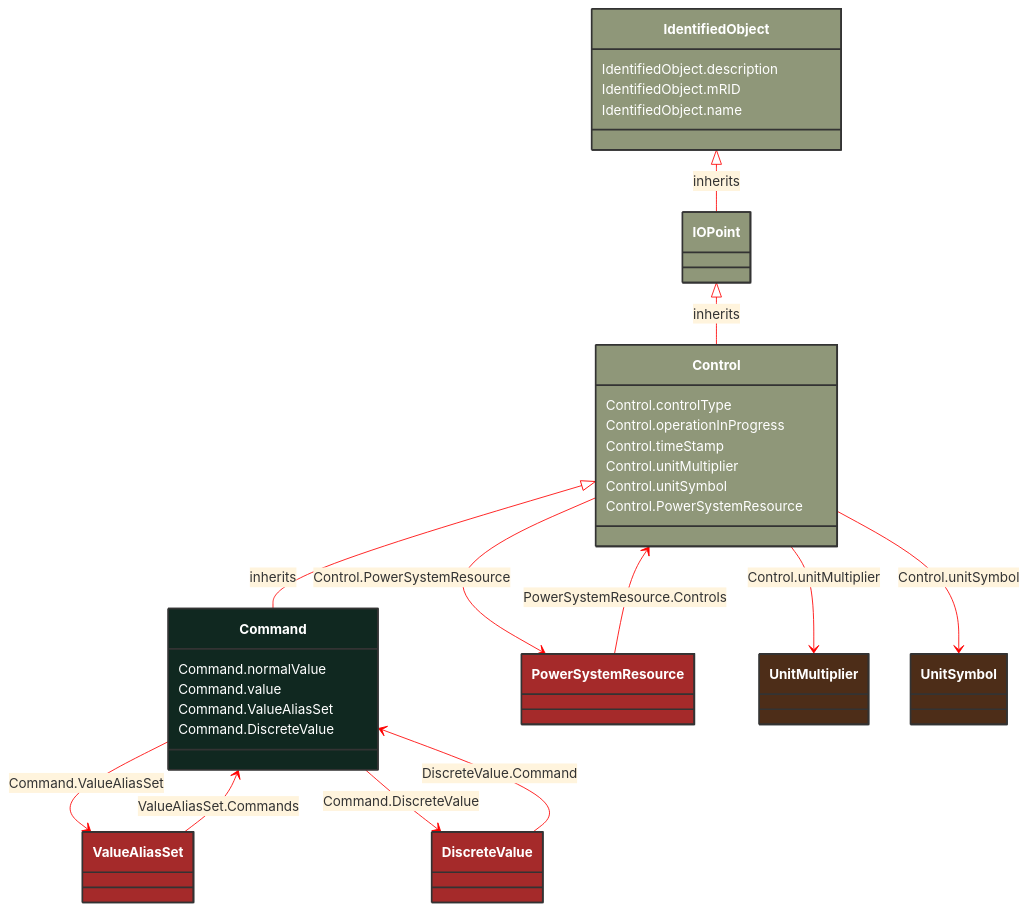
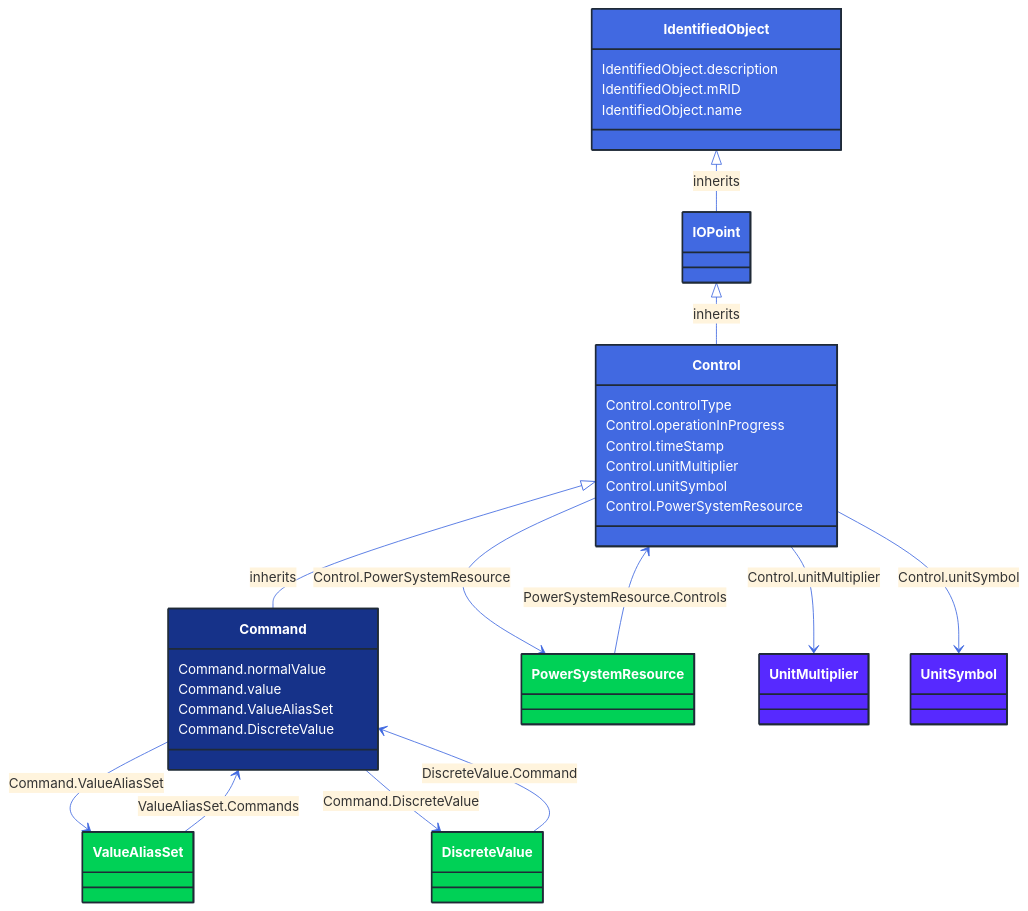
The diagram in docs/Models/Profiles/Operation/ConcreteClasses/Command.md (3lbits/NoCIMExtensions), drawn with Mermaid before and after one commit. The commit also changed 362 other files, not shown here.

First line of the commit message:
Update diagrams and styles for improved visual consistency

````diff
--- a/docs/Models/Profiles/Operation/ConcreteClasses/Command.md
+++ b/docs/Models/Profiles/Operation/ConcreteClasses/Command.md
@@ -8,78 +8,78 @@
 ```mermaid
-%%{init: {'theme':'base','themeVariables': {'lineColor': '#FF0000'}}}%%
+%%{init: {'theme':'base','themeVariables': {'lineColor': '#4169E1'}}}%%
 classDiagram
     class Command
     click Command href "/Models/Profiles/Operation/ConcreteClasses/Command/"
-    style Command fill:#102820,stroke:#333,stroke-width:2px,rx:10,ry:10,color:white
+    style Command fill:#163289,stroke:#1F2A37,stroke-width:2px,rx:10,ry:10,color:white
      
         Control <|-- Command : inherits
             click Control href "/Models/Profiles/Operation/AbstractClasses/Control/"
-            style Control fill:#8F9779,stroke:#333,stroke-width:2px,rx:10,ry:10,color:white
+            style Control fill:#4169E1,stroke:#1F2A37,stroke-width:2px,rx:10,ry:10,color:white
      
         IOPoint <|-- Control : inherits
             click IOPoint href "/Models/Profiles/Operation/AbstractClasses/IOPoint/"
-            style IOPoint fill:#8F9779,stroke:#333,stroke-width:2px,rx:10,ry:10,color:white
+            style IOPoint fill:#4169E1,stroke:#1F2A37,stroke-width:2px,rx:10,ry:10,color:white
      
         IdentifiedObject <|-- IOPoint : inherits
             click IdentifiedObject href "/Models/Profiles/Operation/AbstractClasses/IdentifiedObject/"
-            style IdentifiedObject fill:#8F9779,stroke:#333,stroke-width:2px,rx:10,ry:10,color:white
+            style IdentifiedObject fill:#4169E1,stroke:#1F2A37,stroke-width:2px,rx:10,ry:10,color:white
 
         Command --> ValueAliasSet : Command.ValueAliasSet
 
         ValueAliasSet
             click ValueAliasSet href "/Models/Profiles/Operation/ConcreteClasses/ValueAliasSet/"
-            style ValueAliasSet fill:#A52A2A,stroke:#333,stroke-width:2px,rx:10,ry:10,color:white
+            style ValueAliasSet fill:#00D156,stroke:#1F2A37,stroke-width:2px,rx:10,ry:10,color:white
         Command --> DiscreteValue : Command.DiscreteValue
 
         DiscreteValue
             click DiscreteValue href "/Models/Profiles/Operation/ConcreteClasses/DiscreteValue/"
-            style DiscreteValue fill:#A52A2A,stroke:#333,stroke-width:2px,rx:10,ry:10,color:white
+            style DiscreteValue fill:#00D156,stroke:#1F2A37,stroke-width:2px,rx:10,ry:10,color:white
         Control --> PowerSystemResource : Control.PowerSystemResource
 
         PowerSystemResource
             click PowerSystemResource href "/Models/Profiles/Operation/AbstractClasses/PowerSystemResource/"
-            style PowerSystemResource fill:#A52A2A,stroke:#333,stroke-width:2px,rx:10,ry:10,color:white
+            style PowerSystemResource fill:#00D156,stroke:#1F2A37,stroke-width:2px,rx:10,ry:10,color:white
 
         DiscreteValue --> Command : DiscreteValue.Command
 
         DiscreteValue
             click DiscreteValue href "/Models/Profiles/Operation/ConcreteClasses/DiscreteValue/"
-            style DiscreteValue fill:#A52A2A,stroke:#333,stroke-width:2px,rx:10,ry:10,color:white
+            style DiscreteValue fill:#00D156,stroke:#1F2A37,stroke-width:2px,rx:10,ry:10,color:white
 
         PowerSystemResource --> Control : PowerSystemResource.Controls
 
         PowerSystemResource
             click PowerSystemResource href "/Models/Profiles/Operation/AbstractClasses/PowerSystemResource/"
-            style PowerSystemResource fill:#A52A2A,stroke:#333,stroke-width:2px,rx:10,ry:10,color:white
+            style PowerSystemResource fill:#00D156,stroke:#1F2A37,stroke-width:2px,rx:10,ry:10,color:white
 
         ValueAliasSet --> Command : ValueAliasSet.Commands
 
         ValueAliasSet
             click ValueAliasSet href "/Models/Profiles/Operation/ConcreteClasses/ValueAliasSet/"
-            style ValueAliasSet fill:#A52A2A,stroke:#333,stroke-width:2px,rx:10,ry:10,color:white
+            style ValueAliasSet fill:#00D156,stroke:#1F2A37,stroke-width:2px,rx:10,ry:10,color:white
 
         Control --> UnitMultiplier : Control.unitMultiplier
 
         UnitMultiplier
             click UnitMultiplier href "/Models/Profiles/Operation/Enumerations/UnitMultiplier/"
-            style UnitMultiplier fill:#4D2D18,stroke:#333,stroke-width:2px,rx:10,ry:10,color:white
+            style UnitMultiplier fill:#5729FF,stroke:#1F2A37,stroke-width:2px,rx:10,ry:10,color:white
         Control --> UnitSymbol : Control.unitSymbol
 
         UnitSymbol
             click UnitSymbol href "/Models/Profiles/Operation/Enumerations/UnitSymbol/"
-            style UnitSymbol fill:#4D2D18,stroke:#333,stroke-width:2px,rx:10,ry:10,color:white
+            style UnitSymbol fill:#5729FF,stroke:#1F2A37,stroke-width:2px,rx:10,ry:10,color:white
 
         Command : Command.normalValue
         Command : Command.value
         Command : Command.ValueAliasSet
         Command : Command.DiscreteValue
         Control : Control.controlType
         Control : Control.operationInProgress
         Control : Control.timeStamp
         Control : Control.unitMultiplier
         Control : Control.unitSymbol
         Control : Control.PowerSystemResource
         IdentifiedObject : IdentifiedObject.description
         IdentifiedObject : IdentifiedObject.mRID
         IdentifiedObject : IdentifiedObject.name
 ```
````
